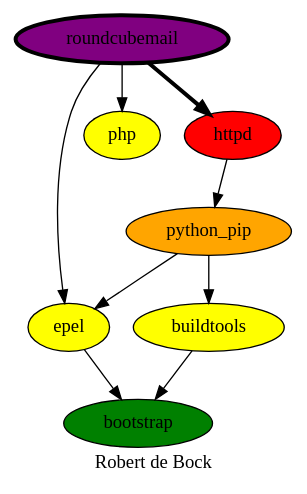
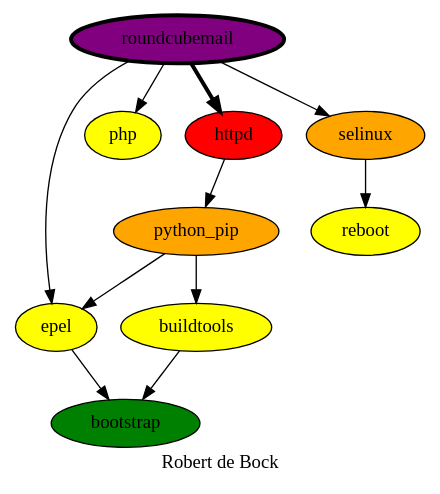
One commit to robertdebock/drawings changed the diagram in roundcubemail.dot. Above: the diagram before and after it, drawn with Graphviz. The commit also changed 1 other file, not shown here.

```diff
--- a/roundcubemail.dot
+++ b/roundcubemail.dot
@@ -1,18 +1,22 @@
 digraph PhiloDilemma {
   label = "Robert de Bock" ;
   overlap=false
   {
     bootstrap [fillcolor=green style=filled]
     buildtools [fillcolor=yellow style=filled]
     epel [fillcolor=yellow style=filled]
     php [fillcolor=yellow style=filled]
     "python_pip" [fillcolor=orange style=filled]
     httpd [fillcolor=red style=filled]
     roundcubemail [fillcolor=purple style=filled penwidth=3]
+    selinux [fillcolor=orange style=filled]
+    reboot [fillcolor=yellow style=filled]
   }
   {buildtools epel} -> bootstrap
   "python_pip" -> {buildtools epel}
   httpd -> "python_pip"
   roundcubemail -> {epel php}
   roundcubemail -> httpd [penwidth=3]
+  roundcubemail -> selinux
+  selinux -> reboot
 }
```
